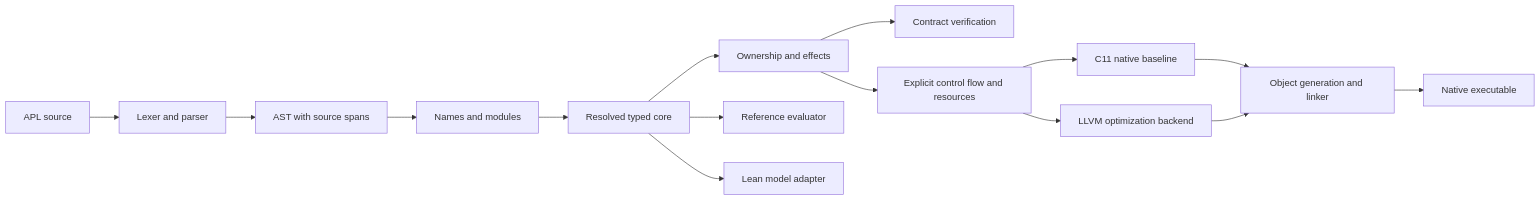
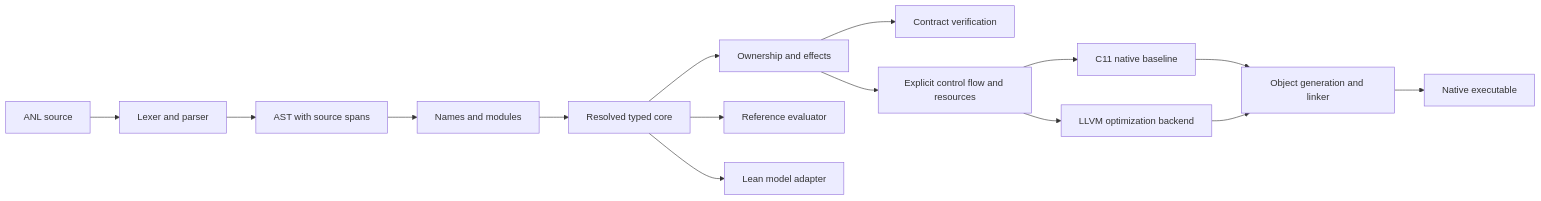
Before and after one commit to djsydney04/ANL: the diagram in docs/architecture/compiler.md, drawn with Mermaid. The commit also changed other lines of this file and 68 other files, not shown here.

````diff
--- a/docs/architecture/compiler.md
+++ b/docs/architecture/compiler.md
@@ -13,17 +13,17 @@
 ```mermaid
 flowchart LR
-    Source[APL source] --> Parse[Lexer and parser]
+    Source[ANL source] --> Parse[Lexer and parser]
     Parse --> AST[AST with source spans]
     AST --> Resolve[Names and modules]
     Resolve --> Core[Resolved typed core]
     Core --> Check[Ownership and effects]
     Core --> Ref[Reference evaluator]
     Core --> Formal[Lean model adapter]
     Check --> Verify[Contract verification]
     Check --> MIR[Explicit control flow and resources]
     MIR --> C[C11 native baseline]
     MIR --> LLVM[LLVM optimization backend]
     C --> Link[Object generation and linker]
     LLVM --> Link
     Link --> Native[Native executable]
 ```
````
